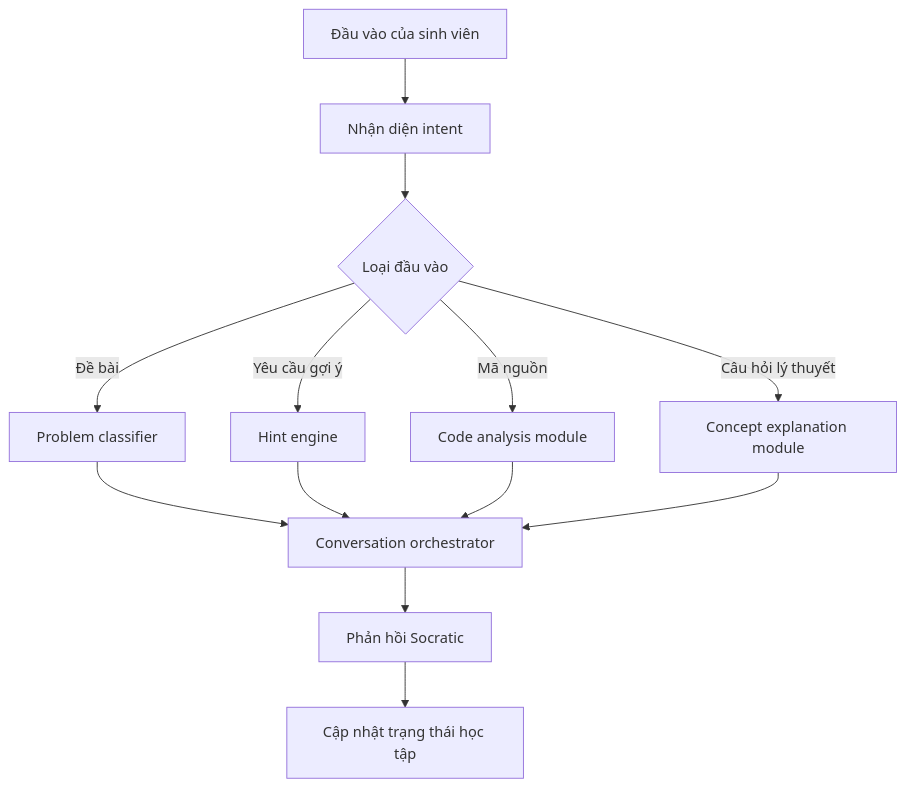
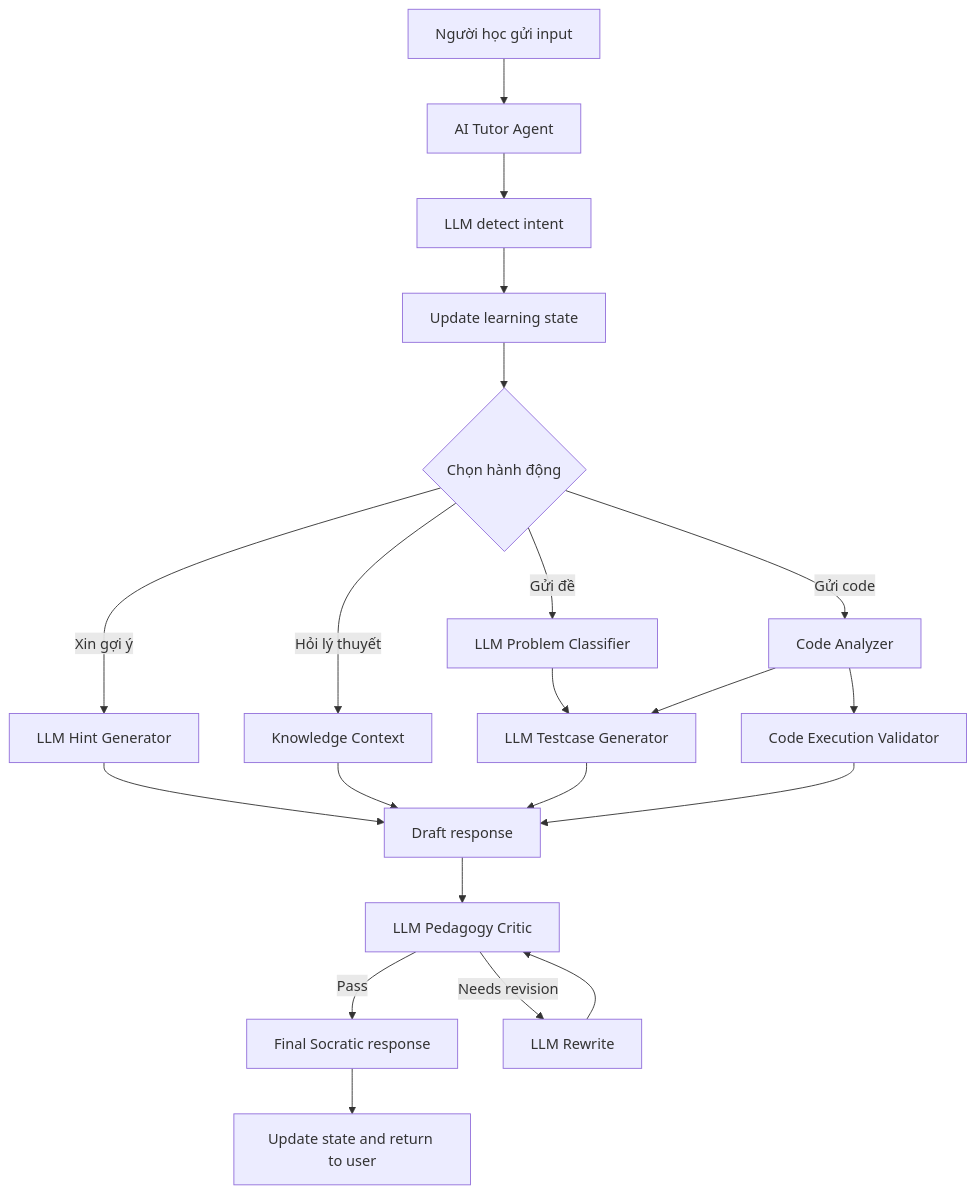
The diagram in docs/system-architecture.md (anhducbui6103/dsa-socratic-agent), drawn with Mermaid before and after one commit. The commit also changed other lines of this file and 191 other files, not shown here.

````diff
--- a/docs/system-architecture.md
+++ b/docs/system-architecture.md
@@ -31,15 +37,23 @@
 ```mermaid
 flowchart TD
-    A["Đầu vào của sinh viên"] --> B["Nhận diện intent"]
-    B --> C{"Loại đầu vào"}
-    C -->|Đề bài| D["Problem classifier"]
-    C -->|Yêu cầu gợi ý| E["Hint engine"]
-    C -->|Mã nguồn| F["Code analysis module"]
-    C -->|Câu hỏi lý thuyết| G["Concept explanation module"]
-    D --> H["Conversation orchestrator"]
-    E --> H
-    F --> H
-    G --> H
-    H --> I["Phản hồi Socratic"]
-    I --> J["Cập nhật trạng thái học tập"]
+    A["Người học gửi input"] --> B["AI Tutor Agent"]
+    B --> C["LLM detect intent"]
+    C --> D["Update learning state"]
+    D --> E{"Chọn hành động"}
+    E -->|Gửi đề| F["LLM Problem Classifier"]
+    E -->|Xin gợi ý| G["LLM Hint Generator"]
+    E -->|Gửi code| H["Code Analyzer"]
+    E -->|Hỏi lý thuyết| I["Knowledge Context"]
+    F --> J["LLM Testcase Generator"]
+    H --> J
+    H --> K["Code Execution Validator"]
+    G --> L["Draft response"]
+    I --> L
+    J --> L
+    K --> L
+    L --> M["LLM Pedagogy Critic"]
+    M -->|Pass| N["Final Socratic response"]
+    M -->|Needs revision| R["LLM Rewrite"]
+    R --> M
+    N --> O["Update state and return to user"]
 ```
````
